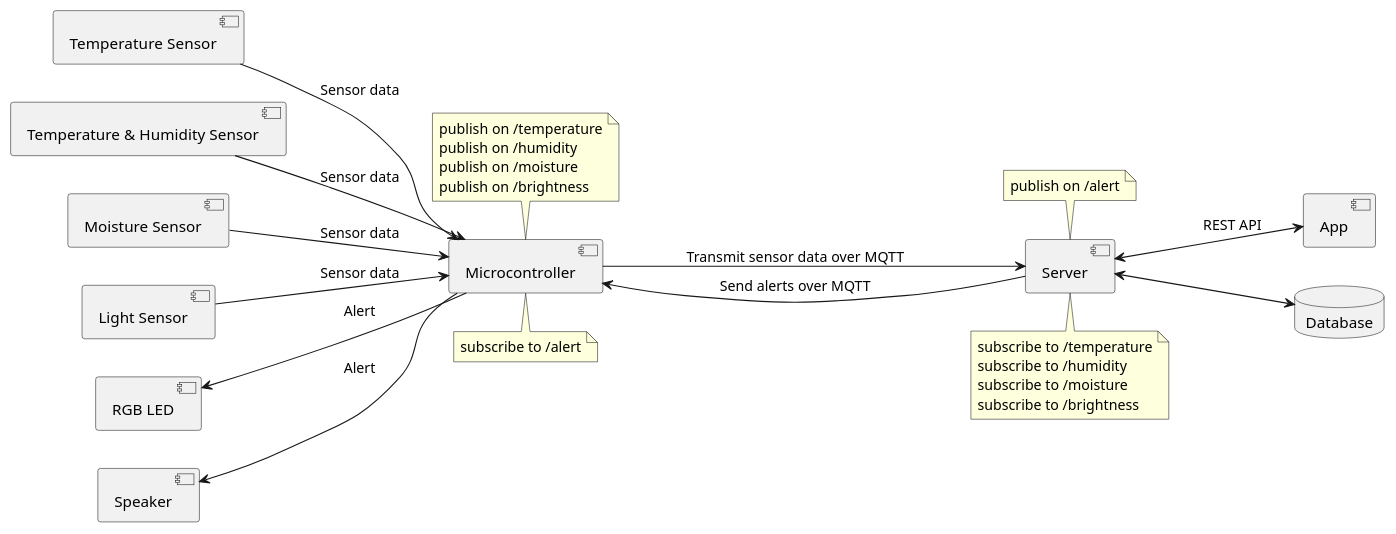
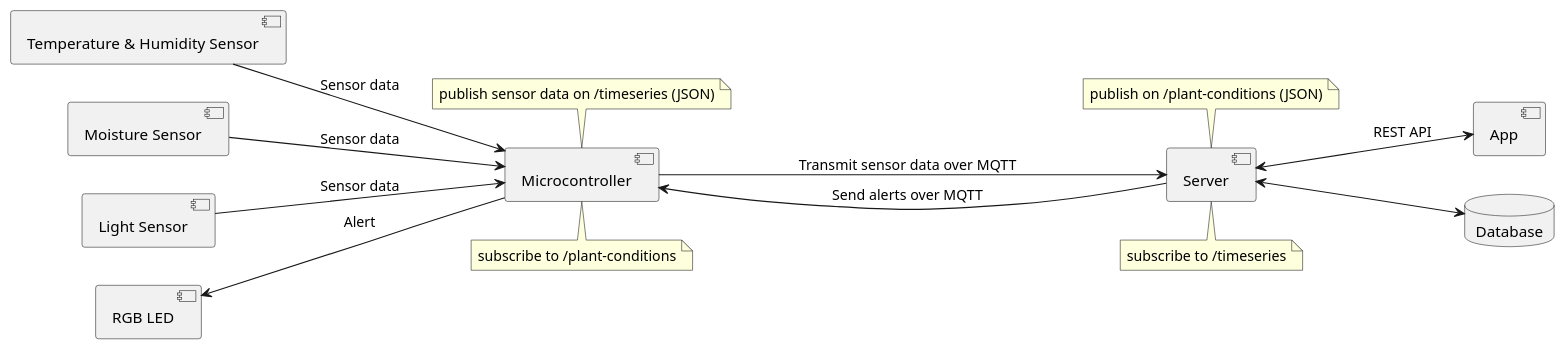
One commit to Adam1927/PlantStein changed the diagram in diagrams/system_design.puml. Above: the diagram before and after it, drawn with PlantUML. The commit also changed 1 other file, not shown here.

Commit message:
Update system design diagram #47
Closes #47

```diff
--- a/diagrams/system_design.puml
+++ b/diagrams/system_design.puml
@@ -1,54 +1,48 @@
 @startuml System Design
 left to right direction
 
 component "Microcontroller"
 note top of Microcontroller
-publish on /temperature
-publish on /humidity
-publish on /moisture
-publish on /brightness
+publish sensor data on /timeseries (JSON)
 end note
 
 note bottom of Microcontroller
-subscribe to /alert
+subscribe to /plant-conditions
 end note
 
-component "Temperature Sensor" as TemperatureSensor
+' component "Temperature Sensor" as TemperatureSensor
 component "Temperature & Humidity Sensor" as TemperatureHumiditySensor
 component "Moisture Sensor" as MoistureSensor
 component "Light Sensor" as LightSensor
 component "RGB LED" as RGBLED
-component "Speaker" as Speaker
+' component "Speaker" as Speaker
 
 component Server
 
 note top of Server
-publish on /alert
+publish on /plant-conditions (JSON)
 end note
 
 note bottom of Server
-subscribe to /temperature
-subscribe to /humidity
-subscribe to /moisture
-subscribe to /brightness
+subscribe to /timeseries
 end note
 
 component App
 database Database
 
-TemperatureSensor --> Microcontroller : Sensor data
+' TemperatureSensor --> Microcontroller : Sensor data
 TemperatureHumiditySensor --> Microcontroller : Sensor data
 MoistureSensor  --> Microcontroller : Sensor data
 LightSensor --> Microcontroller : Sensor data
 RGBLED <-- Microcontroller : Alert
-Speaker <-- Microcontroller : Alert
+' Speaker <-- Microcontroller : Alert
 
 Microcontroller --> Server : Transmit sensor data over MQTT
 
 Server <--> Database
     
 Server <--> App : REST API
 
 Server ---> Microcontroller : Send alerts over MQTT
 
 @enduml
```
